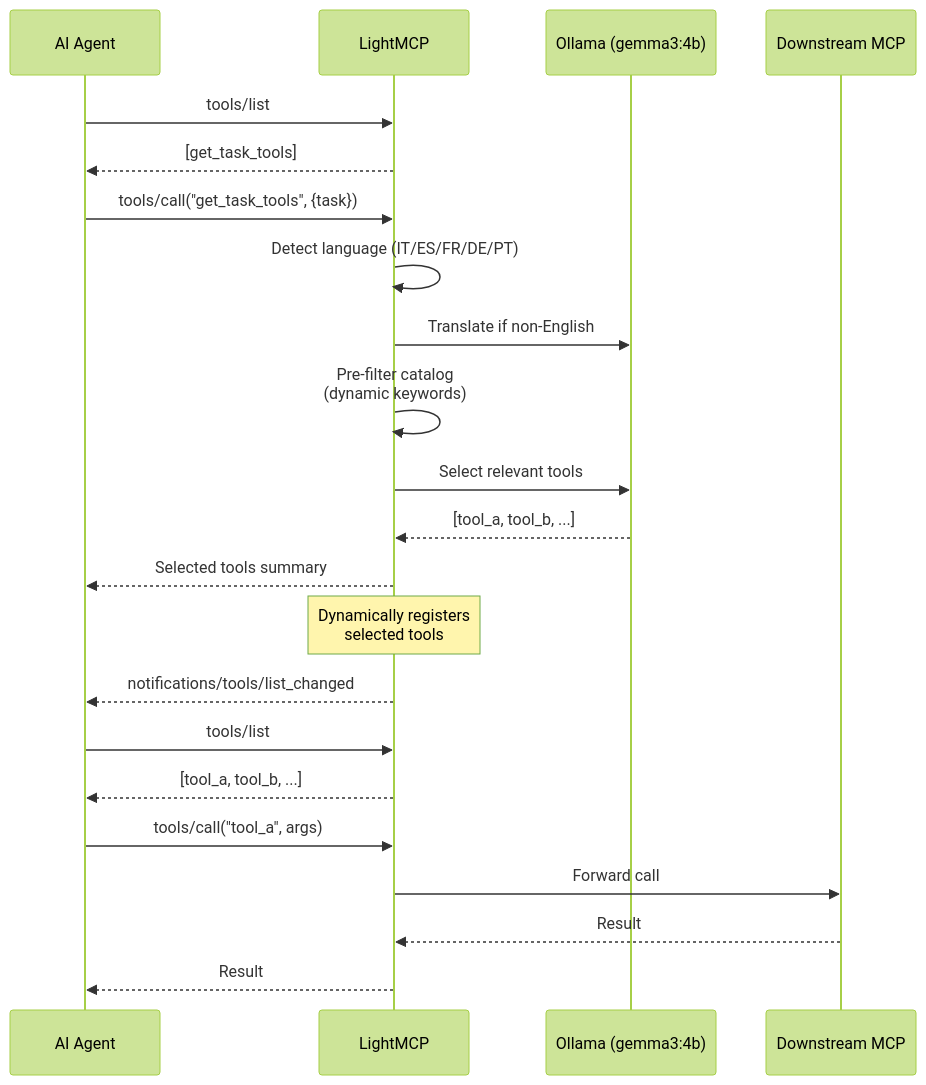
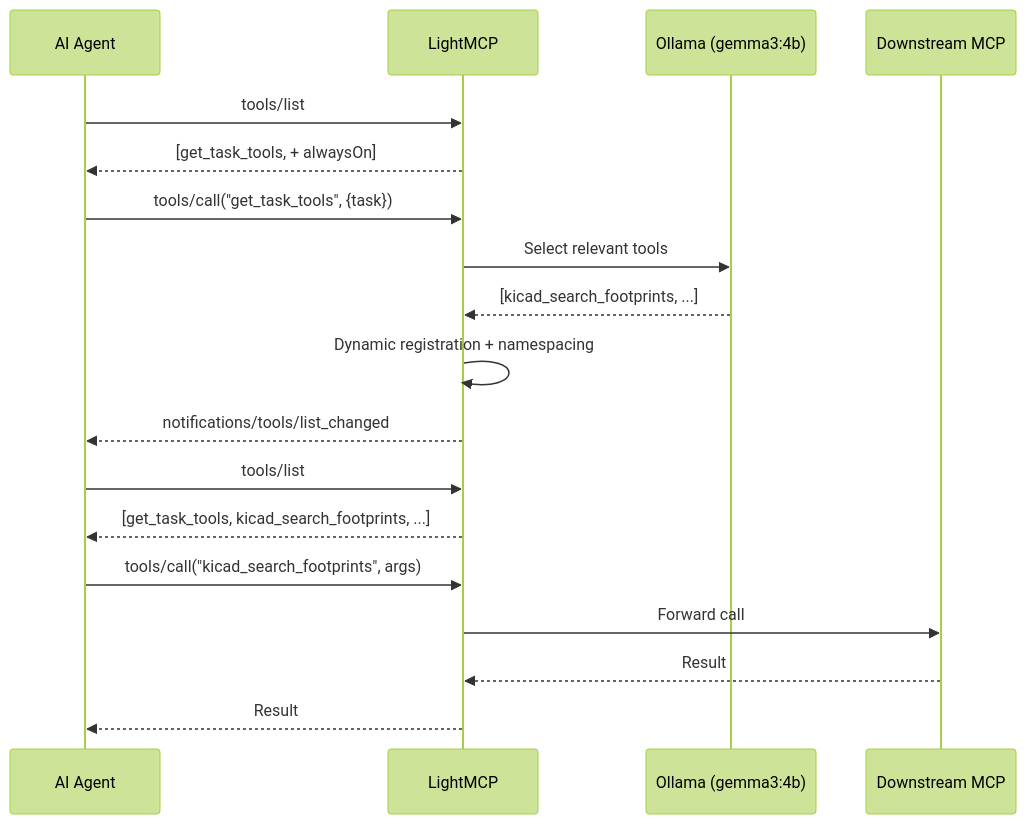
The diagram in README.md (NulledNah/LightMCP), drawn with Mermaid (forest theme) before and after one commit. The commit also changed other lines of this file and 24 other files, not shown here.

````diff
--- a/README.md
+++ b/README.md
@@ -181,29 +204,24 @@
 ```mermaid
 sequenceDiagram
     participant A as AI Agent
     participant L as LightMCP
     participant O as Ollama (gemma3:4b)
     participant D as Downstream MCP
 
     A->>L: tools/list
-    L-->>A: [get_task_tools]
+    L-->>A: [get_task_tools, + alwaysOn]
 
     A->>L: tools/call("get_task_tools", {task})
-    L->>L: Detect language (IT/ES/FR/DE/PT)
-    L->>O: Translate if non-English
-    L->>L: Pre-filter catalog<br/>(dynamic keywords)
     L->>O: Select relevant tools
-    O-->>L: [tool_a, tool_b, ...]
-    L-->>A: Selected tools summary
+    O-->>L: [kicad_search_footprints, ...]
+    L->>L: Dynamic registration + namespacing
+    L-->>A: notifications/tools/list_changed
 
-    Note over L: Dynamically registers<br/>selected tools
+    A->>L: tools/list
+    L-->>A: [get_task_tools, kicad_search_footprints, ...]
 
-    L-->>A: notifications/tools/list_changed
-    A->>L: tools/list
-    L-->>A: [tool_a, tool_b, ...]
-
-    A->>L: tools/call("tool_a", args)
+    A->>L: tools/call("kicad_search_footprints", args)
     L->>D: Forward call
     D-->>L: Result
     L-->>A: Result
 ```
````
